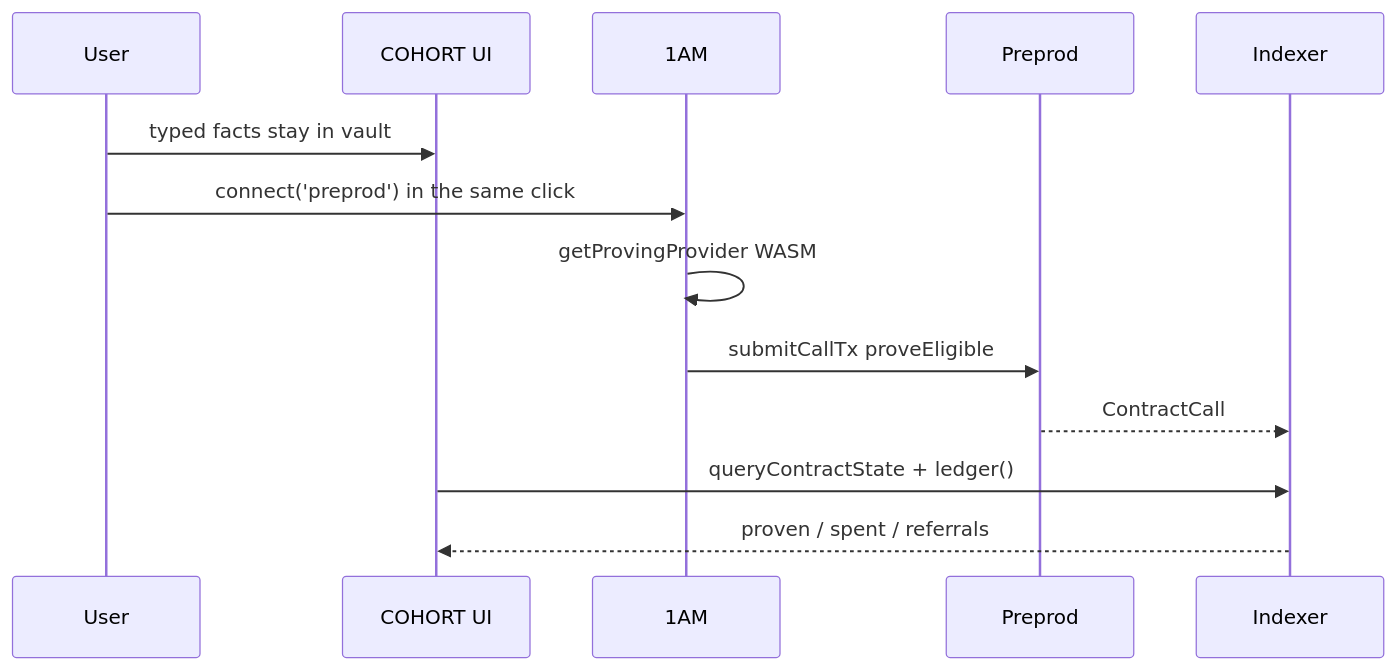
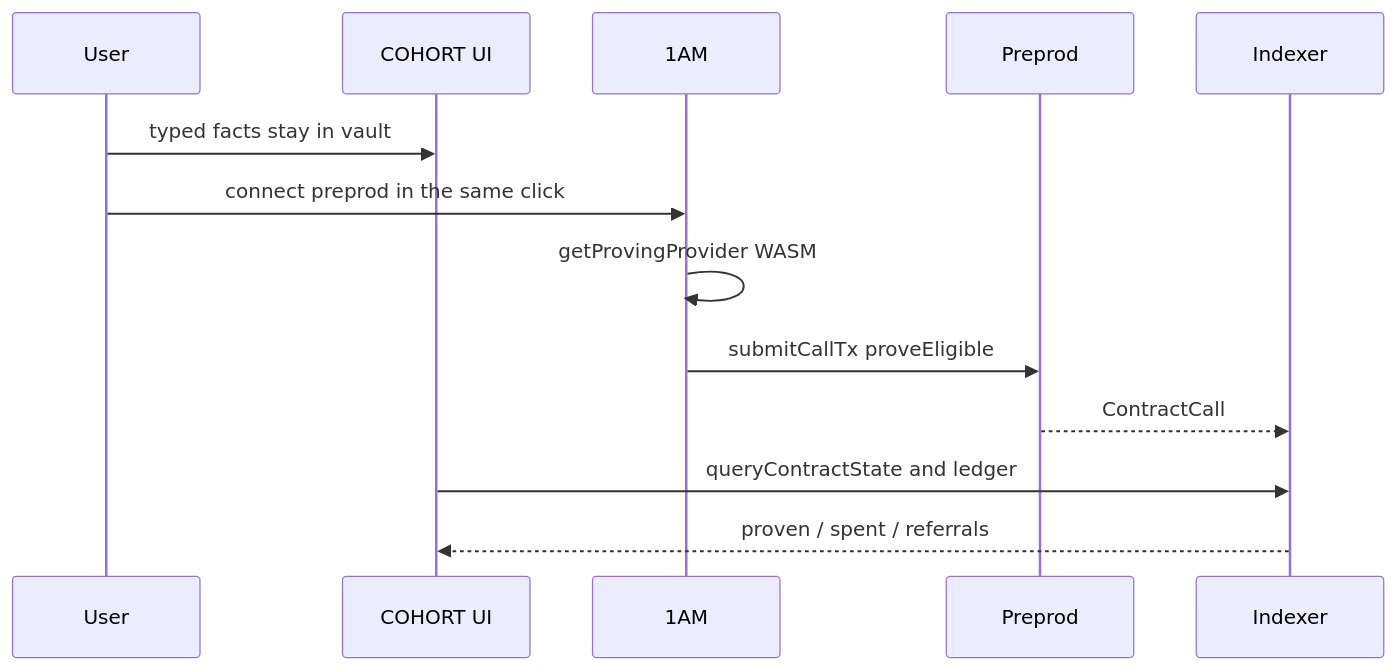
One commit to Mr-Ben-dev/COHORT changed the fourth of 7 diagrams in README.md. Above: the diagram before and after it, drawn with Mermaid. The commit also changed other lines of this file and 7 other files, not shown here.

Commit message:
Ship Apache-2.0, GitHub-safe Mermaid, and drop FINAL_SETUP.md from the public tree.

````diff
--- a/README.md
+++ b/README.md
@@ -255,15 +255,15 @@
 ```mermaid
 sequenceDiagram
   participant U as User
   participant UI as COHORT UI
   participant W as 1AM
   participant N as Preprod
   participant I as Indexer
   U->>UI: typed facts stay in vault
-  U->>W: connect('preprod') in the same click
+  U->>W: connect preprod in the same click
   W->>W: getProvingProvider WASM
   W->>N: submitCallTx proveEligible
   N-->>I: ContractCall
-  UI->>I: queryContractState + ledger()
+  UI->>I: queryContractState and ledger
   I-->>UI: proven / spent / referrals
 ```
````
